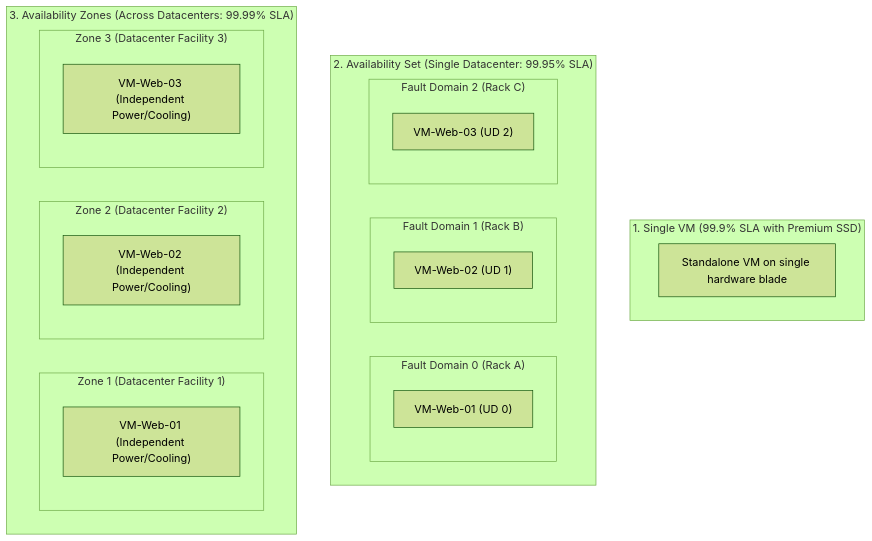
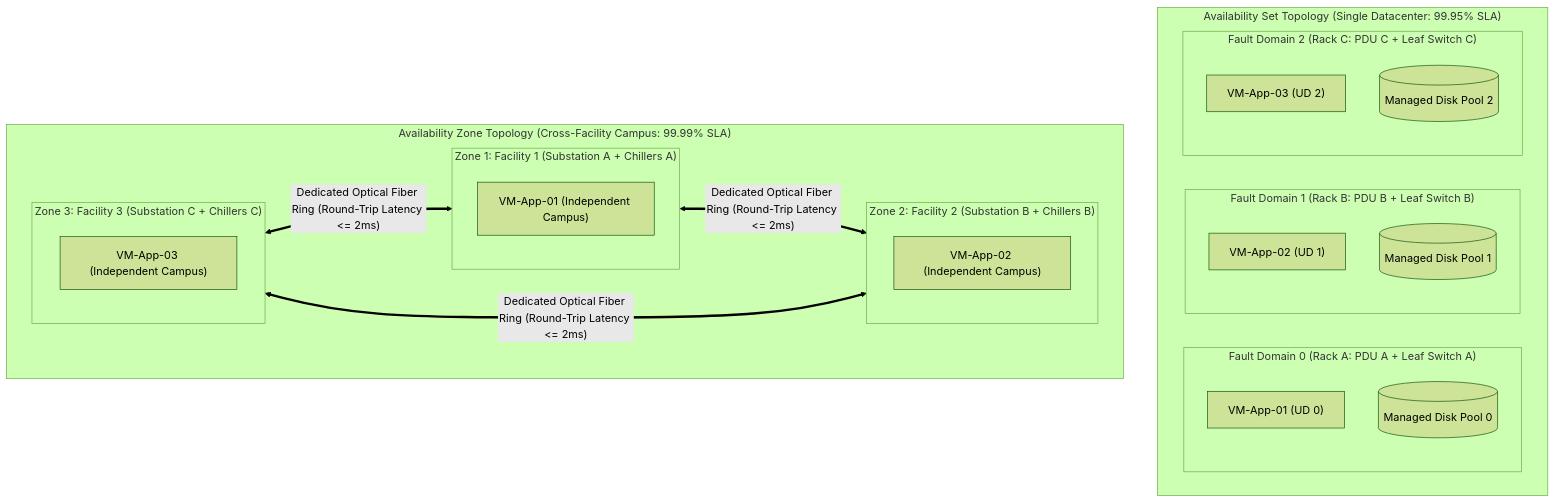
Before and after one commit to kmashour/BrainDump: the first of 2 diagrams in Reference Notes/13-104-09_administer_azure_virtual_machines.md, drawn with Mermaid (forest theme). The commit also changed other lines of this file and 6 other files, not shown here.

````diff
--- a/Reference Notes/13-104-09_administer_azure_virtual_machines.md
+++ b/Reference Notes/13-104-09_administer_azure_virtual_machines.md
@@ -327,30 +520,33 @@
 ```mermaid
 flowchart TD
-    subgraph SingleVM ["1. Single VM (99.9% SLA with Premium SSD)"]
-        SVM["Standalone VM on single hardware blade"]
-    end
-
-    subgraph AvSet ["2. Availability Set (Single Datacenter: 99.95% SLA)"]
-        subgraph FD0 ["Fault Domain 0 (Rack A)"]
-            VM1_AS["VM-Web-01 (UD 0)"]
+    subgraph AvSetStructure ["Availability Set Topology (Single Datacenter: 99.95% SLA)"]
+        subgraph FD0 ["Fault Domain 0 (Rack A: PDU A + Leaf Switch A)"]
+            VM1_AS["VM-App-01 (UD 0)"]
+            Disk1_AS[("Managed Disk Pool 0")]
         end
-        subgraph FD1 ["Fault Domain 1 (Rack B)"]
-            VM2_AS["VM-Web-02 (UD 1)"]
+        subgraph FD1 ["Fault Domain 1 (Rack B: PDU B + Leaf Switch B)"]
+            VM2_AS["VM-App-02 (UD 1)"]
+            Disk2_AS[("Managed Disk Pool 1")]
         end
-        subgraph FD2 ["Fault Domain 2 (Rack C)"]
-            VM3_AS["VM-Web-03 (UD 2)"]
+        subgraph FD2 ["Fault Domain 2 (Rack C: PDU C + Leaf Switch C)"]
+            VM3_AS["VM-App-03 (UD 2)"]
+            Disk3_AS[("Managed Disk Pool 2")]
         end
     end
 
-    subgraph AvZone ["3. Availability Zones (Across Datacenters: 99.99% SLA)"]
-        subgraph Zone1 ["Zone 1 (Datacenter Facility 1)"]
-            VM1_AZ["VM-Web-01 (Independent Power/Cooling)"]
+    subgraph AvZoneStructure ["Availability Zone Topology (Cross-Facility Campus: 99.99% SLA)"]
+        subgraph Zone1Campus ["Zone 1: Facility 1 (Substation A + Chillers A)"]
+            VM1_AZ["VM-App-01 (Independent Campus)"]
         end
-        subgraph Zone2 ["Zone 2 (Datacenter Facility 2)"]
-            VM2_AZ["VM-Web-02 (Independent Power/Cooling)"]
+        subgraph Zone2Campus ["Zone 2: Facility 2 (Substation B + Chillers B)"]
+            VM2_AZ["VM-App-02 (Independent Campus)"]
         end
-        subgraph Zone3 ["Zone 3 (Datacenter Facility 3)"]
-            VM3_AZ["VM-Web-03 (Independent Power/Cooling)"]
+        subgraph Zone3Campus ["Zone 3: Facility 3 (Substation C + Chillers C)"]
+            VM3_AZ["VM-App-03 (Independent Campus)"]
         end
     end
+
+    Zone1Campus <== "Dedicated Optical Fiber Ring (Round-Trip Latency <= 2ms)" ==> Zone2Campus
+    Zone2Campus <== "Dedicated Optical Fiber Ring (Round-Trip Latency <= 2ms)" ==> Zone3Campus
+    Zone3Campus <== "Dedicated Optical Fiber Ring (Round-Trip Latency <= 2ms)" ==> Zone1Campus
 ```
````
